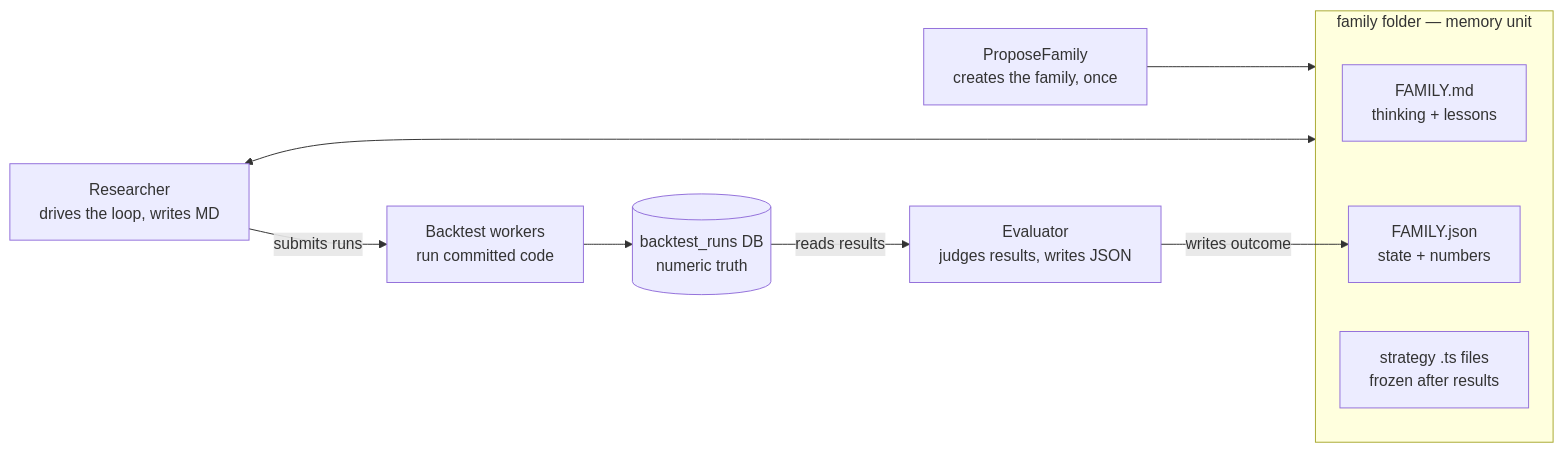
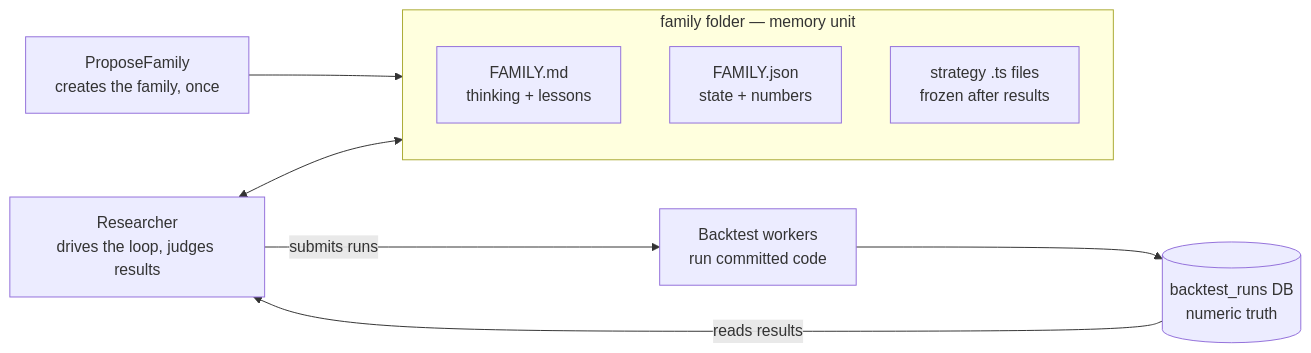
One commit to ivanmijatovic89/polymarket-bot changed the first of 3 diagrams in strategy-research-protocol/README.md. Above: the diagram before and after it, drawn with Mermaid. The commit also changed other lines of this file and 22 other files, not shown here.

First line of the commit message:
Merge Evaluator role into Researcher (issue #83)

````diff
--- a/strategy-research-protocol/README.md
+++ b/strategy-research-protocol/README.md
@@ -57,20 +57,18 @@
 ```mermaid
 flowchart LR
   PF[ProposeFamily<br/>creates the family, once]
-  R[Researcher<br/>drives the loop, writes MD]
-  E[Evaluator<br/>judges results, writes JSON]
+  R[Researcher<br/>drives the loop, judges results]
   subgraph folder [family folder — memory unit]
     MD[FAMILY.md<br/>thinking + lessons]
     JSON[FAMILY.json<br/>state + numbers]
     TS[strategy .ts files<br/>frozen after results]
   end
   W[Backtest workers<br/>run committed code]
   DB[(backtest_runs DB<br/>numeric truth)]
 
   PF --> folder
   R <--> folder
   R -- submits runs --> W
   W --> DB
-  DB -- reads results --> E
-  E -- writes outcome --> JSON
+  DB -- reads results --> R
 ```
````
